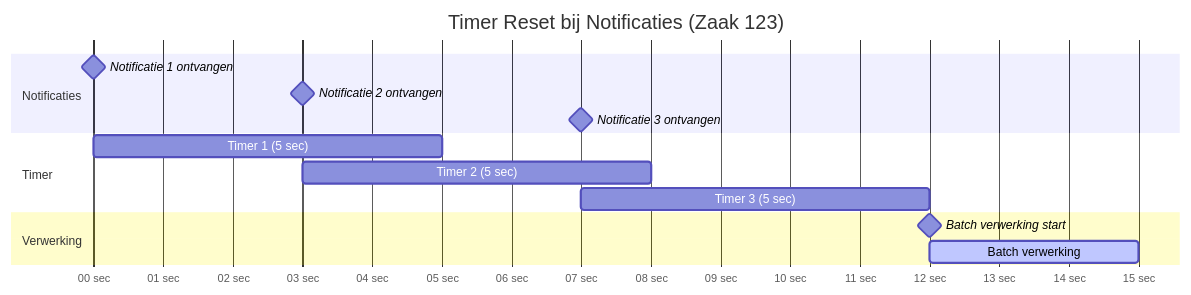
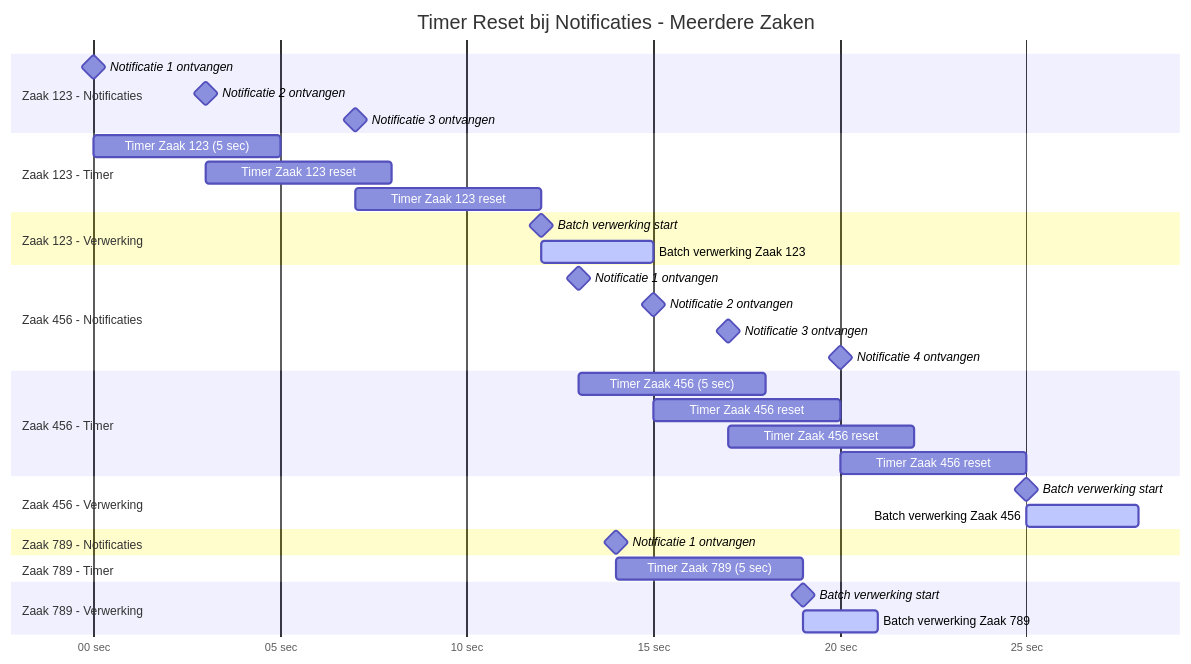
One commit to GemeenteNijmegen/corsa-zgw changed the third of 3 diagrams in docs/notificaties.md. Above: the diagram before and after it, drawn with Mermaid. The commit also changed other lines of this file and 2 other files, not shown here.

Commit message:
docs: failure on no zaak

````diff
--- a/docs/notificaties.md
+++ b/docs/notificaties.md
@@ -72,20 +145,46 @@
 ```mermaid
 gantt
-    title Timer Reset bij Notificaties (Zaak 123)
+    title Timer Reset bij Notificaties - Meerdere Zaken
     dateFormat ss
     axisFormat %S sec
     
-    section Notificaties
-    Notificatie 1 ontvangen    :milestone, n1, 00, 0s
-    Notificatie 2 ontvangen    :milestone, n2, 03, 0s
-    Notificatie 3 ontvangen    :milestone, n3, 07, 0s
+    section Zaak 123 - Notificaties
+    Notificatie 1 ontvangen    :milestone, n1_123, 00, 0s
+    Notificatie 2 ontvangen    :milestone, n2_123, 03, 0s
+    Notificatie 3 ontvangen    :milestone, n3_123, 07, 0s
     
-    section Timer
-    Timer 1 (5 sec)            :t1, 00, 5s
-    Timer 2 (5 sec)            :t2, 03, 5s
-    Timer 3 (5 sec)            :t3, 07, 5s
+    section Zaak 123 - Timer
+    Timer Zaak 123 (5 sec)     :t1_123, 00, 5s
+    Timer Zaak 123 reset       :t2_123, 03, 5s
+    Timer Zaak 123 reset       :t3_123, 07, 5s
     
-    section Verwerking
-    Batch verwerking start     :milestone, process, 12, 0s
-    Batch verwerking           :active, 12, 3s
+    section Zaak 123 - Verwerking
+    Batch verwerking start     :milestone, process_123, 12, 0s
+    Batch verwerking Zaak 123  :active, p_123, 12, 3s
+    
+    section Zaak 456 - Notificaties
+    Notificatie 1 ontvangen    :milestone, n1_456, 13, 0s
+    Notificatie 2 ontvangen    :milestone, n2_456, 15, 0s
+    Notificatie 3 ontvangen    :milestone, n3_456, 17, 0s
+    Notificatie 4 ontvangen    :milestone, n4_456, 20, 0s
+    
+    section Zaak 456 - Timer
+    Timer Zaak 456 (5 sec)     :t1_456, 13, 5s
+    Timer Zaak 456 reset       :t2_456, 15, 5s
+    Timer Zaak 456 reset       :t3_456, 17, 5s
+    Timer Zaak 456 reset       :t4_456, 20, 5s
+    
+    section Zaak 456 - Verwerking
+    Batch verwerking start     :milestone, process_456, 25, 0s
+    Batch verwerking Zaak 456  :active, p_456, 25, 3s
+    
+    section Zaak 789 - Notificaties
+    Notificatie 1 ontvangen    :milestone, n1_789, 14, 0s
+    
+    section Zaak 789 - Timer
+    Timer Zaak 789 (5 sec)     :t1_789, 14, 5s
+    
+    section Zaak 789 - Verwerking
+    Batch verwerking start     :milestone, process_789, 19, 0s
+    Batch verwerking Zaak 789  :active, p_789, 19, 2s
 ```
````
